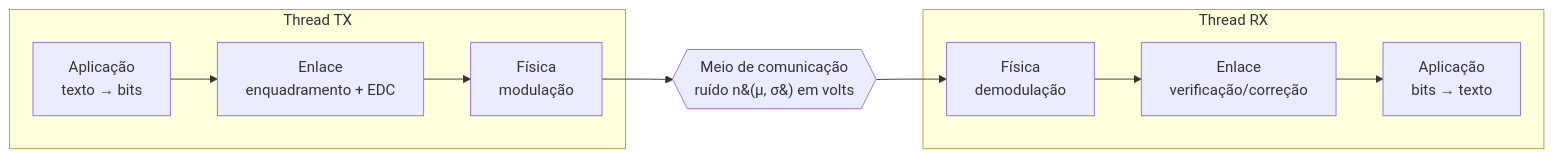
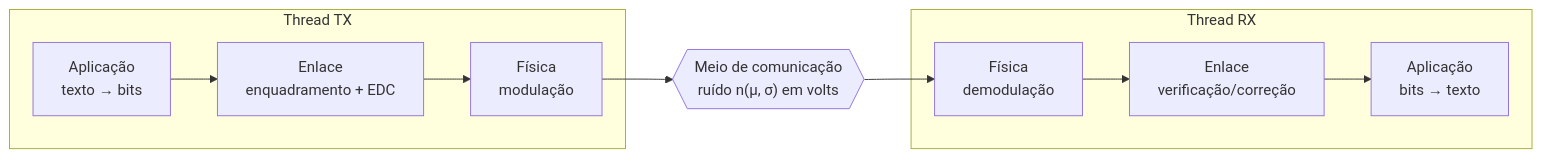
One commit to R2JustWind/Trabalho_Tr1 changed the diagram in README.md. Above: the diagram before and after it, drawn with Mermaid. The commit also changed other lines of this file, not shown here.

Commit message:
corrigindo o problema do readme

````diff
--- a/README.md
+++ b/README.md
@@ -14,11 +14,11 @@
 ```mermaid
 flowchart LR
     subgraph TX["Thread TX"]
         A1[Aplicação<br/>texto → bits] --> E1[Enlace<br/>enquadramento + EDC] --> F1[Física<br/>modulação]
     end
-    F1 --> M{{Meio de comunicação<br/>ruído n&#40;μ, σ&#41; em volts}}
+    F1 --> M{{"Meio de comunicação<br/>ruído n(μ, σ) em volts"}}
     subgraph RX["Thread RX"]
         F2[Física<br/>demodulação] --> E2[Enlace<br/>verificação/correção] --> A2[Aplicação<br/>bits → texto]
     end
     M --> F2
 ```
````
